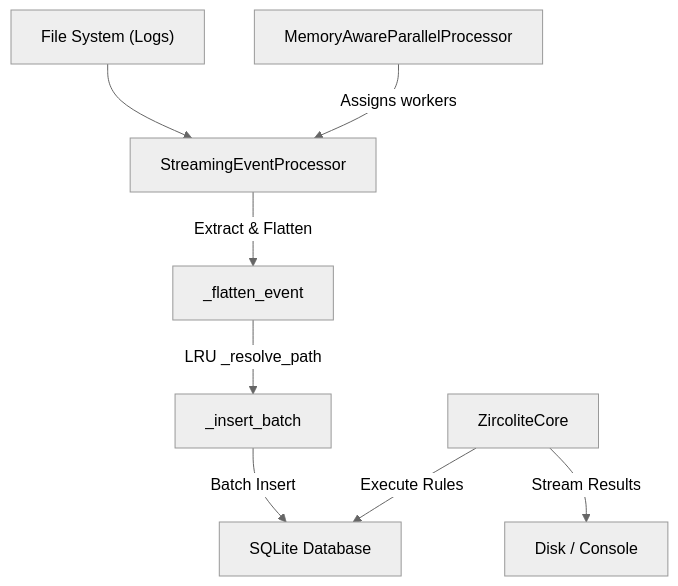
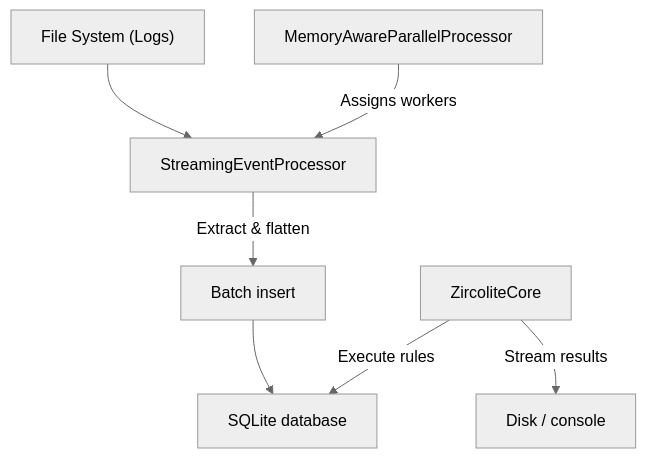
The first of 3 diagrams in docs/Internals.md (wagga40/Zircolite), drawn with Mermaid (neutral theme) before and after one commit. The commit also changed other lines of this file and 6 other files, not shown here.

````diff
--- a/docs/Internals.md
+++ b/docs/Internals.md
@@ -9,12 +14,11 @@
 ```mermaid
 graph TD
     FS["File System (Logs)"] --> SEP["StreamingEventProcessor"]
-    SEP -->|"Extract & Flatten"| FE["_flatten_event"]
-    FE -->|"LRU _resolve_path"| IB["_insert_batch"]
-    IB -->|"Batch Insert"| DB["SQLite Database"]
-    
+    SEP -->|"Extract & flatten"| IB["Batch insert"]
+    IB --> DB["SQLite database"]
+
     MAPP["MemoryAwareParallelProcessor"] -->|"Assigns workers"| SEP
-    
-    ZC["ZircoliteCore"] -->|"Execute Rules"| DB
-    ZC -->|"Stream Results"| OUT["Disk / Console"]
+
+    ZC["ZircoliteCore"] -->|"Execute rules"| DB
+    ZC -->|"Stream results"| OUT["Disk / console"]
 ```
````
